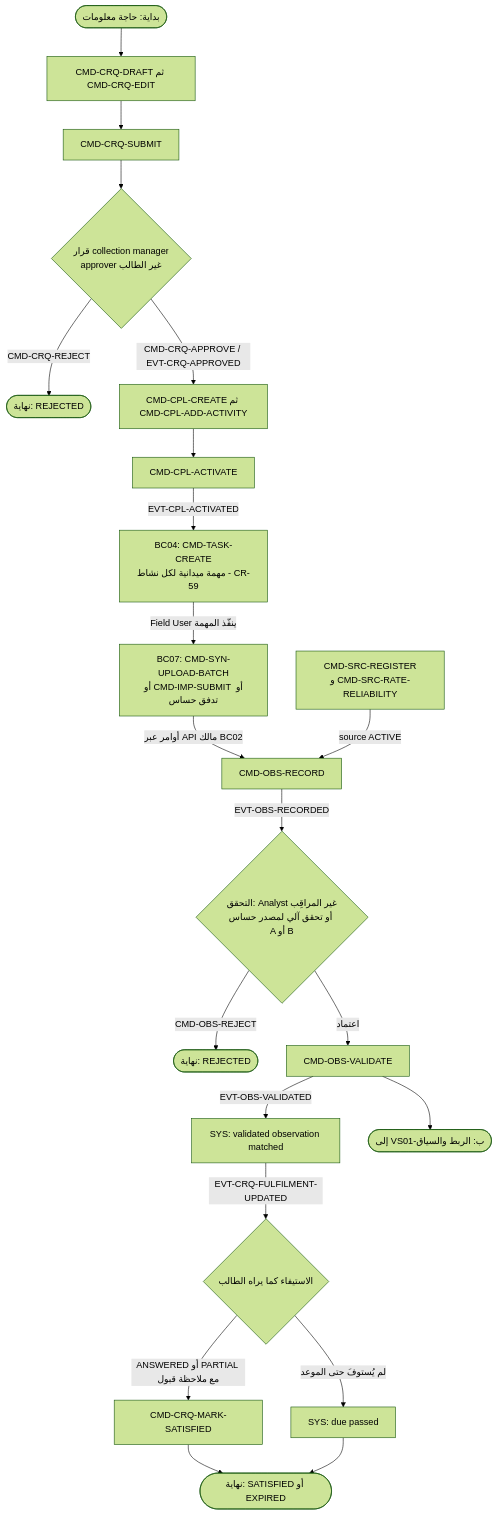
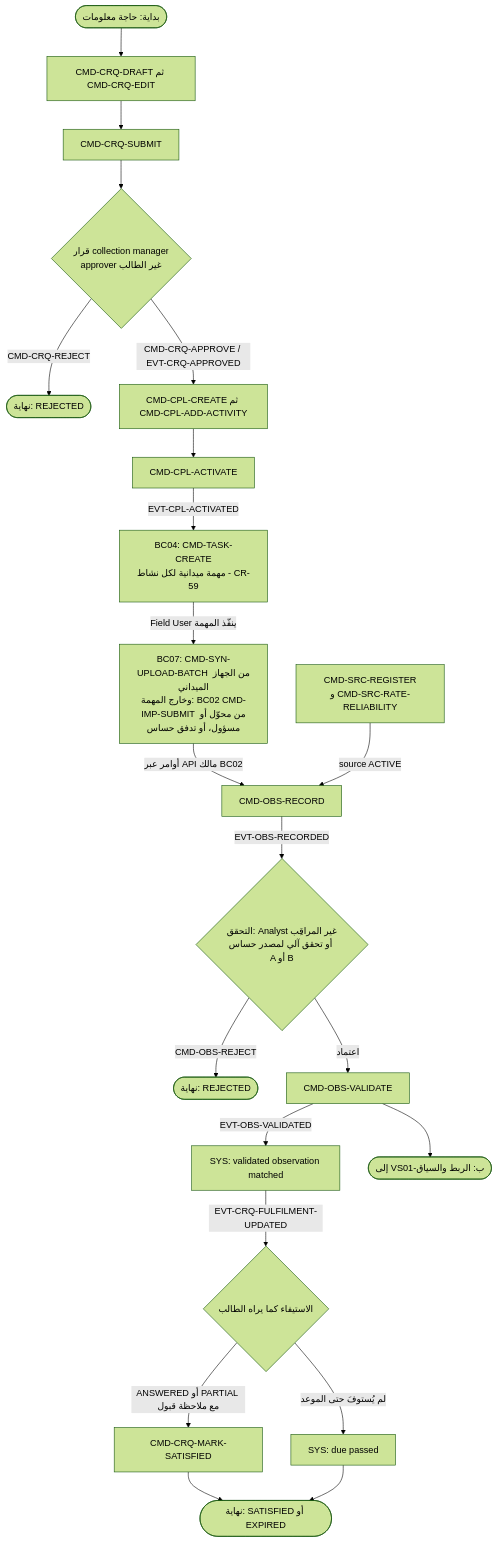
One commit to Ayoubkhattab/Planing changed the first of 18 diagrams in spec/18-analysis-design/06-process-models.md. Above: the diagram before and after it, drawn with Mermaid (forest theme). The commit also changed other lines of this file and 3 other files, not shown here.

````diff
--- a/spec/18-analysis-design/06-process-models.md
+++ b/spec/18-analysis-design/06-process-models.md
@@ -57,39 +57,39 @@
 ```mermaid
 flowchart TD
   S0(["بداية: حاجة معلومات"])
   A1["CMD-CRQ-DRAFT ثم CMD-CRQ-EDIT"]
   A2["CMD-CRQ-SUBMIT"]
   D1{"قرار collection manager<br/>approver غير الطالب"}
   E1(["نهاية: REJECTED"])
   A4["CMD-CPL-CREATE ثم CMD-CPL-ADD-ACTIVITY"]
   A5["CMD-CPL-ACTIVATE"]
   A6["BC04: CMD-TASK-CREATE<br/>مهمة ميدانية لكل نشاط - CR-59"]
-  A8["BC07: CMD-SYN-UPLOAD-BATCH<br/>أو CMD-IMP-SUBMIT أو تدفق حساس"]
+  A8["BC07: CMD-SYN-UPLOAD-BATCH من الجهاز الميداني<br/>وخارج المهمة: BC02 CMD-IMP-SUBMIT من محوّل أو مسؤول، أو تدفق حساس"]
   A0["CMD-SRC-REGISTER<br/>و CMD-SRC-RATE-RELIABILITY"]
   A7["CMD-OBS-RECORD"]
   D2{"التحقق: Analyst غير المراقِب<br/>أو تحقق آلي لمصدر حساس A أو B"}
   E2(["نهاية: REJECTED"])
   A10["CMD-OBS-VALIDATE"]
   A11["SYS: validated observation matched"]
   D3{"الاستيفاء كما يراه الطالب"}
   A12["CMD-CRQ-MARK-SATISFIED"]
   A13["SYS: due passed"]
   E3(["نهاية: SATISFIED أو EXPIRED"])
   B0(["إلى VS01-ب: الربط والسياق"])
   S0 --> A1 --> A2 --> D1
   D1 -->|"CMD-CRQ-REJECT"| E1
   D1 -->|"CMD-CRQ-APPROVE / EVT-CRQ-APPROVED"| A4
   A4 --> A5
   A5 -->|"EVT-CPL-ACTIVATED"| A6
   A6 -->|"Field User ينفّذ المهمة"| A8
   A8 -->|"أوامر عبر API مالك BC02"| A7
   A0 -->|"source ACTIVE"| A7
   A7 -->|"EVT-OBS-RECORDED"| D2
   D2 -->|"CMD-OBS-REJECT"| E2
   D2 -->|"اعتماد"| A10
   A10 -->|"EVT-OBS-VALIDATED"| A11
   A11 -->|"EVT-CRQ-FULFILMENT-UPDATED"| D3
   D3 -->|"ANSWERED أو PARTIAL مع ملاحظة قبول"| A12 --> E3
   D3 -->|"لم يُستوفَ حتى الموعد"| A13 --> E3
   A10 --> B0
 ```
````
